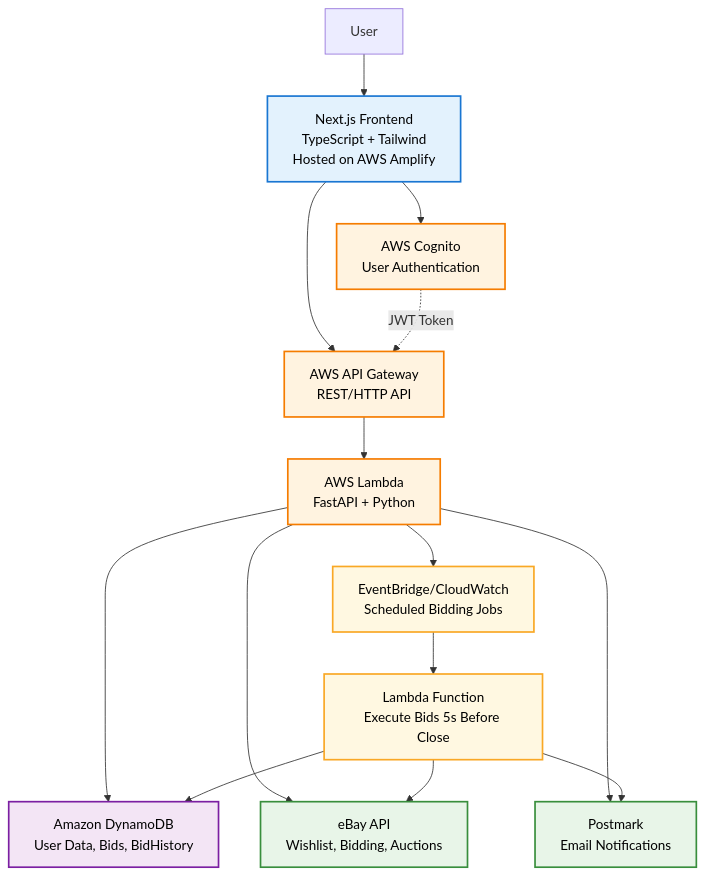
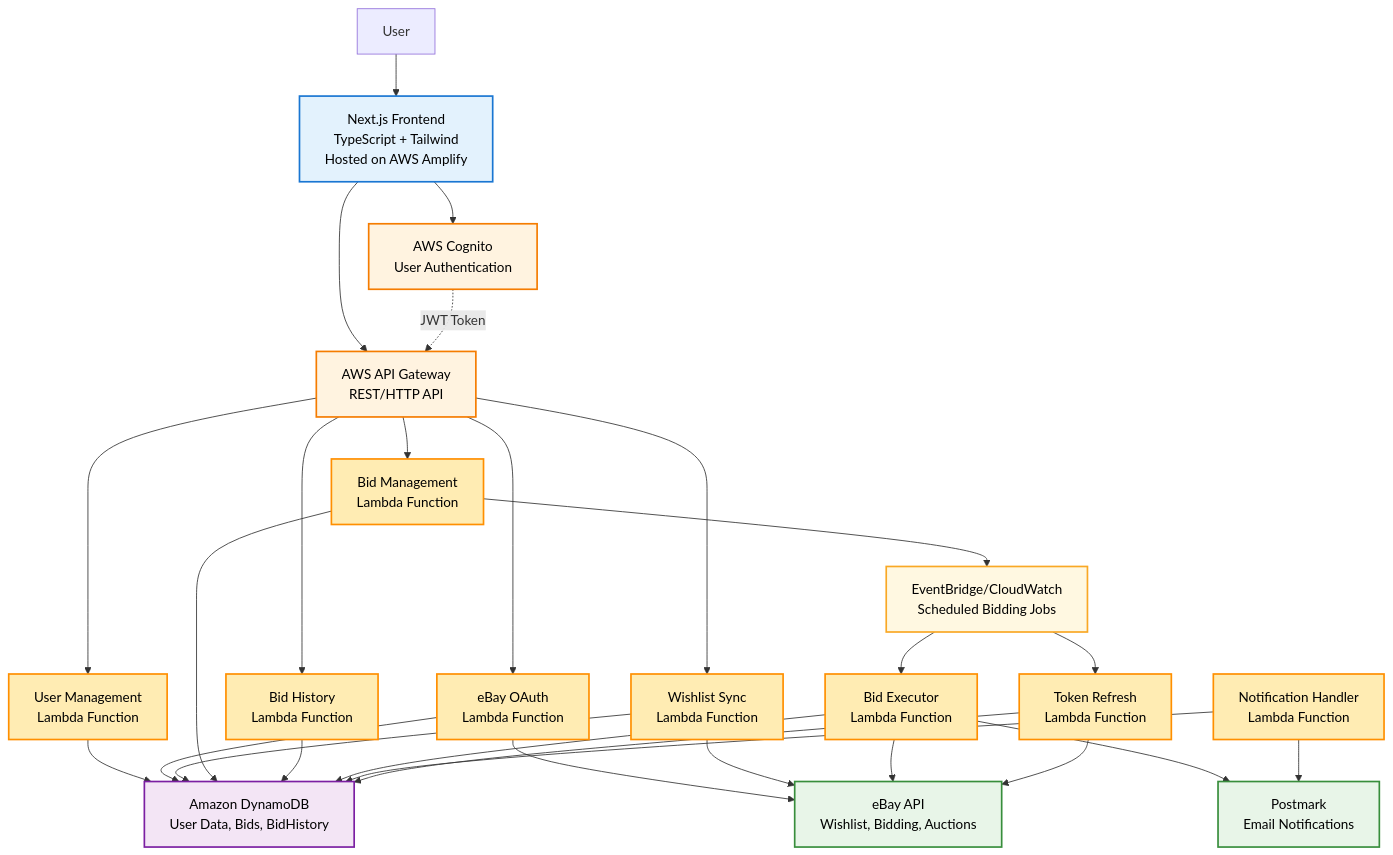
The diagram in docs/architecture.md (AdityaSidharta/ebay-sniper), drawn with Mermaid before and after one commit. The commit also changed other lines of this file and 13 other files, not shown here.

````diff
--- a/docs/architecture.md
+++ b/docs/architecture.md
@@ -15,8 +14,15 @@
     %% API Layer
     APIGateway[AWS API Gateway<br/>REST/HTTP API]
     
-    %% Backend Layer
-    Lambda[AWS Lambda<br/>FastAPI + Python]
+    %% Backend Layer - Individual Lambda Functions
+    UserMgmtLambda[User Management<br/>Lambda Function]
+    EbayOAuthLambda[eBay OAuth<br/>Lambda Function]
+    WishlistSyncLambda[Wishlist Sync<br/>Lambda Function]
+    BidMgmtLambda[Bid Management<br/>Lambda Function]
+    BidHistoryLambda[Bid History<br/>Lambda Function]
+    BidExecutorLambda[Bid Executor<br/>Lambda Function]
+    NotificationLambda[Notification Handler<br/>Lambda Function]
+    TokenRefreshLambda[Token Refresh<br/>Lambda Function]
     
     %% Data Layer
     DynamoDB[Amazon DynamoDB<br/>User Data, Bids, BidHistory]
@@ -27,27 +33,39 @@
     
     %% Scheduled Functions
     Scheduler[EventBridge/CloudWatch<br/>Scheduled Bidding Jobs]
-    BidExecutor[Lambda Function<br/>Execute Bids 5s Before Close]
     
     %% User interactions
     User --> Frontend
     Frontend --> Cognito
     Frontend --> APIGateway
     
-    %% API Gateway routes to Lambda
-    APIGateway --> Lambda
+    %% API Gateway routes to individual Lambda functions
+    APIGateway --> UserMgmtLambda
+    APIGateway --> EbayOAuthLambda
+    APIGateway --> WishlistSyncLambda
+    APIGateway --> BidMgmtLambda
+    APIGateway --> BidHistoryLambda
     
-    %% Lambda interactions
-    Lambda --> DynamoDB
-    Lambda --> eBayAPI
-    Lambda --> Postmark
-    Lambda --> Scheduler
+    %% Individual Lambda function interactions
+    UserMgmtLambda --> DynamoDB
+    EbayOAuthLambda --> DynamoDB
+    EbayOAuthLambda --> eBayAPI
+    WishlistSyncLambda --> DynamoDB
+    WishlistSyncLambda --> eBayAPI
+    BidMgmtLambda --> DynamoDB
+    BidMgmtLambda --> Scheduler
+    BidHistoryLambda --> DynamoDB
+    BidExecutorLambda --> DynamoDB
+    BidExecutorLambda --> eBayAPI
+    BidExecutorLambda --> Postmark
+    NotificationLambda --> DynamoDB
+    NotificationLambda --> Postmark
+    TokenRefreshLambda --> DynamoDB
+    TokenRefreshLambda --> eBayAPI
     
     %% Scheduled bidding flow
-    Scheduler --> BidExecutor
-    BidExecutor --> eBayAPI
-    BidExecutor --> DynamoDB
-    BidExecutor --> Postmark
+    Scheduler --> BidExecutorLambda
+    Scheduler --> TokenRefreshLambda
     
     %% Authentication flow
     Cognito -.->|JWT Token| APIGateway
@@ -55,13 +73,16 @@
     %% Styling
     classDef frontend fill:#e3f2fd,stroke:#1976d2,stroke-width:2px,color:#000
     classDef aws fill:#fff3e0,stroke:#f57c00,stroke-width:2px,color:#000
+    classDef lambda fill:#ffecb3,stroke:#ff8f00,stroke-width:2px,color:#000
     classDef external fill:#e8f5e8,stroke:#388e3c,stroke-width:2px,color:#000
     classDef data fill:#f3e5f5,stroke:#7b1fa2,stroke-width:2px,color:#000
     classDef scheduler fill:#fff8e1,stroke:#f9a825,stroke-width:2px,color:#000
     
     class Frontend frontend
-    class Cognito,APIGateway,Lambda aws
+    class Cognito,APIGateway aws
+    class UserMgmtLambda,EbayOAuthLambda,WishlistSyncLambda,BidMgmtLambda,BidHistoryLambda lambda
+    class BidExecutorLambda,NotificationLambda,TokenRefreshLambda lambda
     class DynamoDB data
     class eBayAPI,Postmark external
-    class Scheduler,BidExecutor scheduler
+    class Scheduler scheduler
 ```
````
